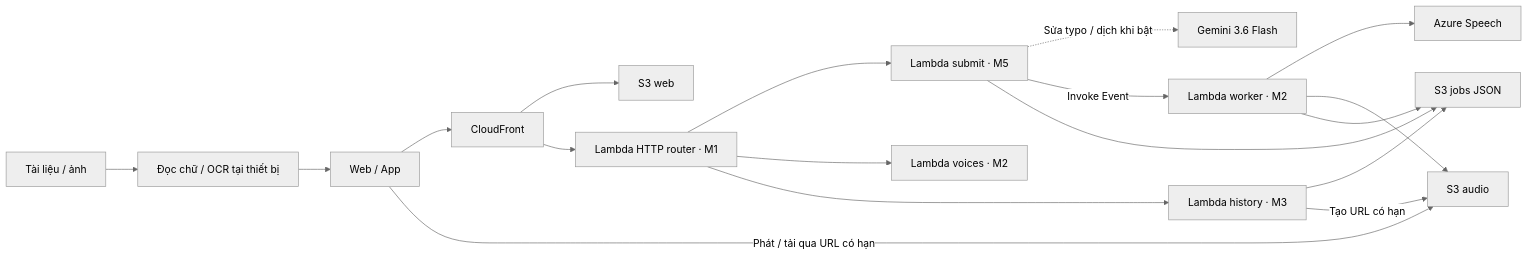
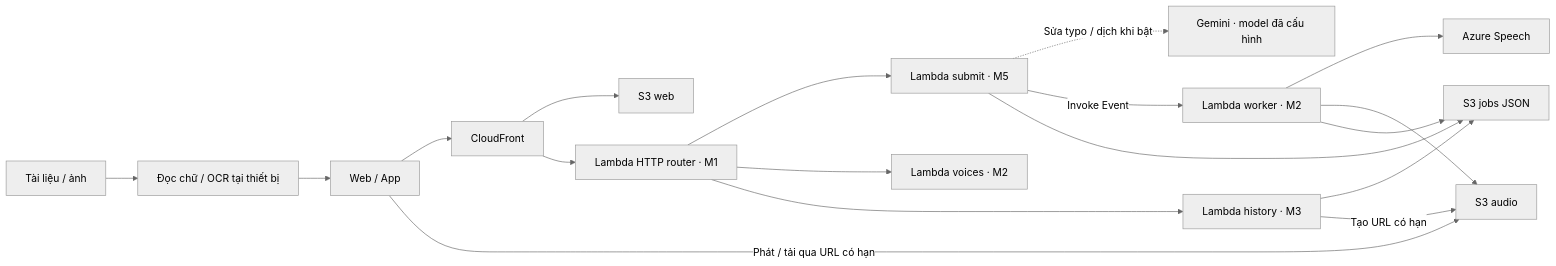
The diagram in README.md (solvarhuynh/aws-multilingual-tts), drawn with Mermaid (neutral theme) before and after one commit. The commit also changed other lines of this file and 85 other files, not shown here.

First line of the commit message:
tích hợp OCR, dịch Azure/Gemini và chạy local

````diff
--- a/README.md
+++ b/README.md
@@ -77,20 +77,20 @@
 ```mermaid
 flowchart LR
     DOC[Tài liệu / ảnh] --> IMPORT[Đọc chữ / OCR tại thiết bị]
     IMPORT --> CLIENT
     CLIENT[Web / App] --> CF[CloudFront]
     CF --> WEB[S3 web]
     CF --> ROUTER[Lambda HTTP router · M1]
     ROUTER --> SUBMIT[Lambda submit · M5]
     ROUTER --> VOICES[Lambda voices · M2]
     ROUTER --> HISTORY[Lambda history · M3]
-    SUBMIT -.->|Sửa typo / dịch khi bật| GEMINI[Gemini 3.6 Flash]
+    SUBMIT -.->|Sửa typo / dịch khi bật| GEMINI[Gemini · model đã cấu hình]
     SUBMIT -->|Invoke Event| WORKER[Lambda worker · M2]
     WORKER --> AZURE[Azure Speech]
     WORKER --> AUDIO[S3 audio]
     SUBMIT --> JOBS[S3 jobs JSON]
     WORKER --> JOBS
     HISTORY --> JOBS
     HISTORY -->|Tạo URL có hạn| AUDIO
     CLIENT -->|Phát / tải qua URL có hạn| AUDIO
 ```
````
